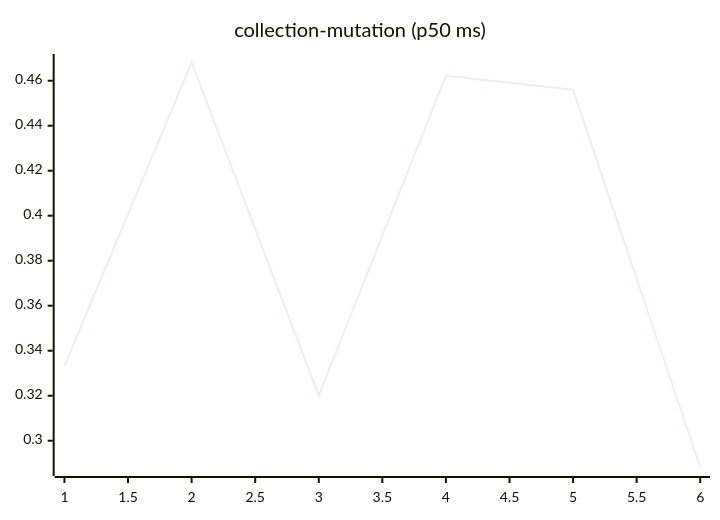
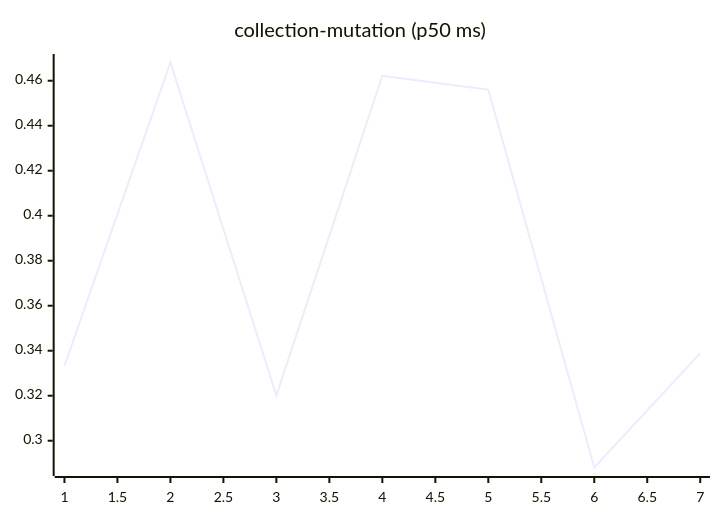
Before and after one commit to josha/Facet: the sixth of 27 diagrams in README.md, drawn with Mermaid. The commit also changed other lines of this file and 2 other files, not shown here.

````diff
--- a/README.md
+++ b/README.md
@@ -98,6 +98,6 @@
 ```mermaid
 xychart-beta
     title "collection-mutation (p50 ms)"
-    x-axis 1 --> 6
-    line [0.3332, 0.4681, 0.3201, 0.4622, 0.4560, 0.2881]
+    x-axis 1 --> 7
+    line [0.3332, 0.4681, 0.3201, 0.4622, 0.4560, 0.2881, 0.3389]
 ```
````
